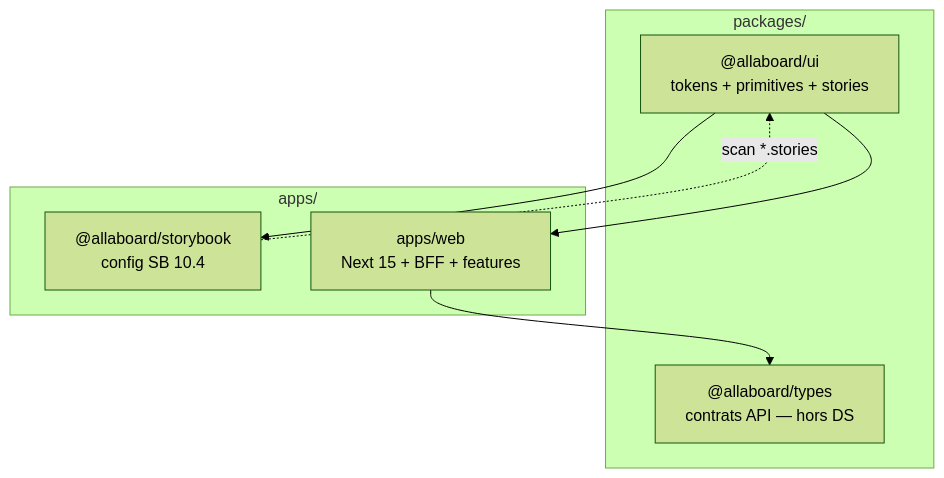
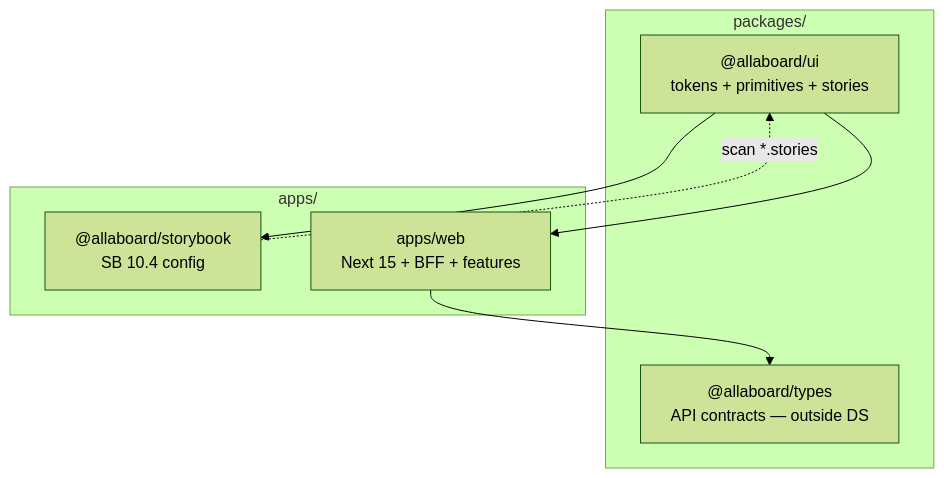
One commit to AllAboard-THP/All-Aboard changed the first of 2 diagrams in Docs/design-system/architecture.md. Above: the diagram before and after it, drawn with Mermaid (forest theme). The commit also changed other lines of this file and 84 other files, not shown here.

````diff
--- a/Docs/design-system/architecture.md
+++ b/Docs/design-system/architecture.md
@@ -10,17 +10,17 @@
 ```mermaid
 flowchart TB
   subgraph packages["packages/"]
     UI["@allaboard/ui<br/>tokens + primitives + stories"]
-    TYPES["@allaboard/types<br/>contrats API — hors DS"]
+    TYPES["@allaboard/types<br/>API contracts — outside DS"]
   end
 
   subgraph apps["apps/"]
-    SB["@allaboard/storybook<br/>config SB 10.4"]
+    SB["@allaboard/storybook<br/>SB 10.4 config"]
     WEB["apps/web<br/>Next 15 + BFF + features"]
   end
 
   UI --> WEB
   UI --> SB
   WEB --> TYPES
   SB -.->|"scan *.stories"| UI
 ```
````
